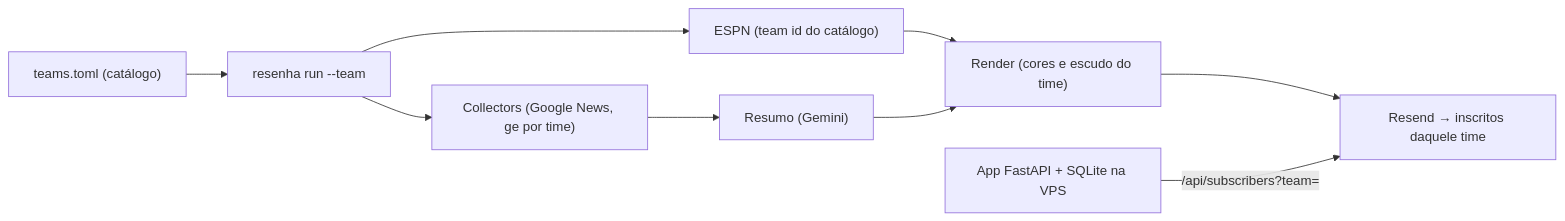
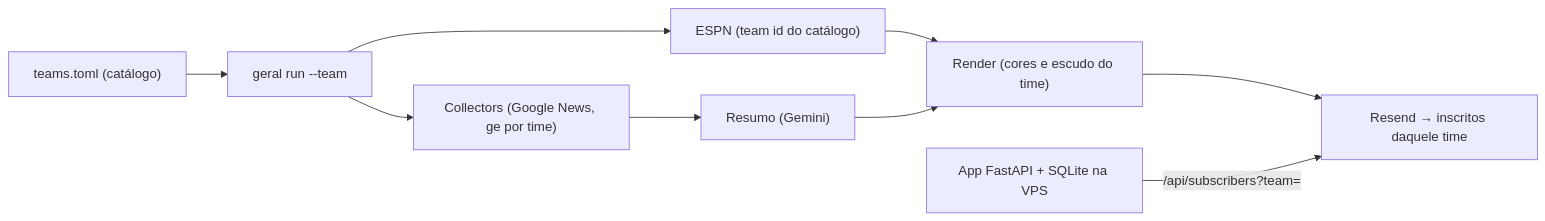
Before and after one commit to dpontejs/geral: the diagram in docs/PLAN.md, drawn with Mermaid. The commit also changed other lines of this file and 80 other files, not shown here.

Commit message:
refactor: rename the hub from resenha to geral

````diff
--- a/docs/PLAN.md
+++ b/docs/PLAN.md
@@ -38,11 +38,11 @@
 ```mermaid
 flowchart LR
-    CAT["teams.toml (catálogo)"] --> RUN["resenha run --team <slug>"]
+    CAT["teams.toml (catálogo)"] --> RUN["geral run --team <slug>"]
     RUN --> COL["Collectors (Google News, ge por time)"]
     RUN --> STATS["ESPN (team id do catálogo)"]
     COL --> SUM["Resumo (Gemini)"]
     STATS --> REND["Render (cores e escudo do time)"]
     SUM --> REND
     REND --> SEND["Resend → inscritos daquele time"]
     WEB["App FastAPI + SQLite na VPS"] -->|/api/subscribers?team=| SEND
 ```
````
